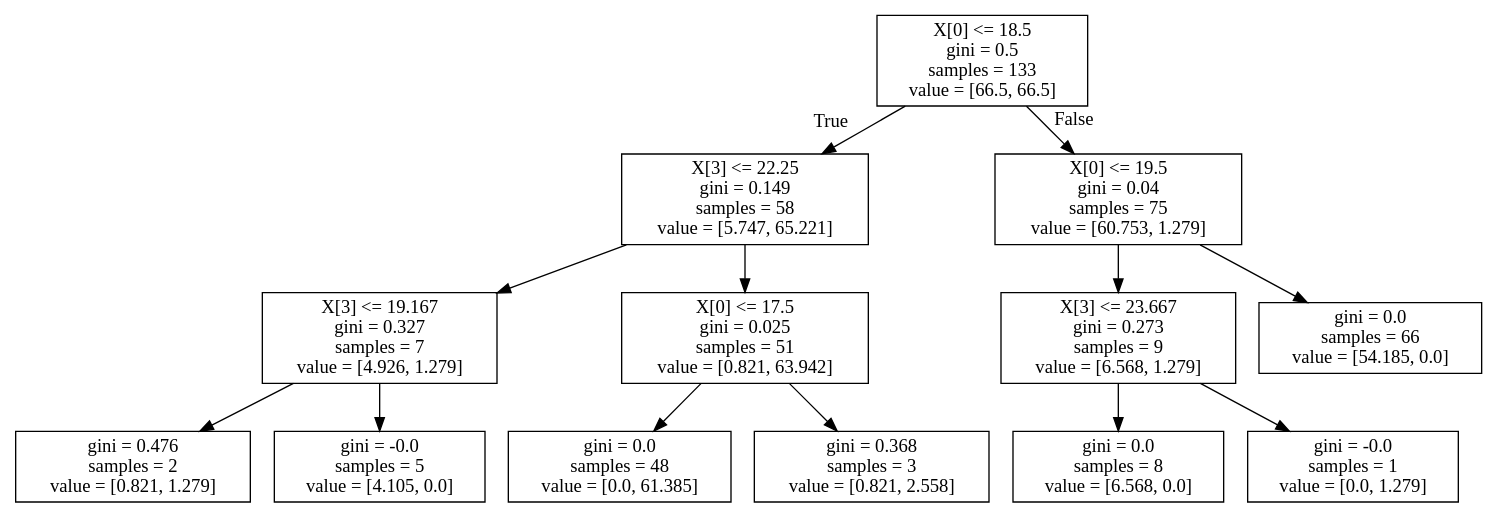
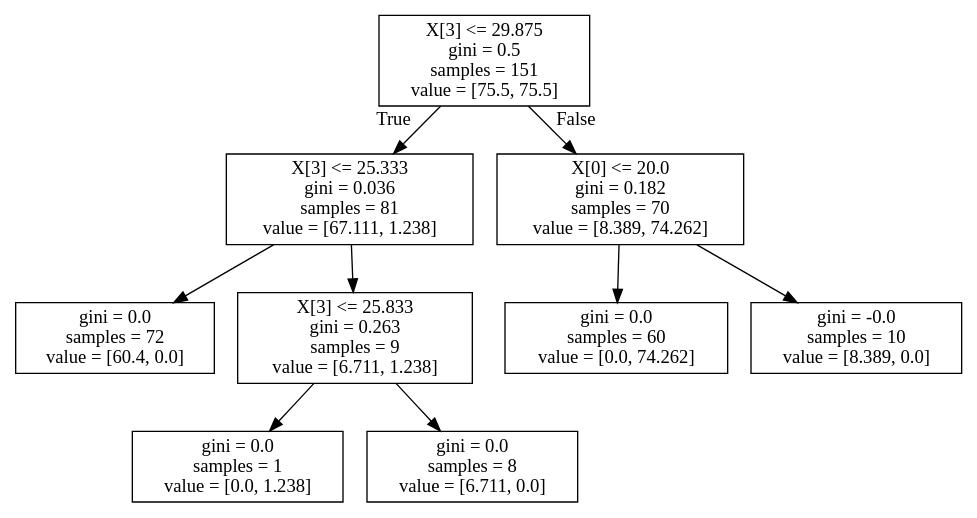
The diagram in examples/iris.dot (grid-eye/Fall-Detection), drawn with Graphviz before and after one commit. The commit also changed 6 other files, not shown here.

```diff
--- a/examples/iris.dot
+++ b/examples/iris.dot
@@ -1,28 +1,20 @@
 digraph Tree {
 node [shape=box] ;
-0 [label="X[0] <= 18.5\ngini = 0.5\nsamples = 133\nvalue = [66.5, 66.5]"] ;
-1 [label="X[3] <= 22.25\ngini = 0.149\nsamples = 58\nvalue = [5.747, 65.221]"] ;
+0 [label="X[3] <= 29.875\ngini = 0.5\nsamples = 151\nvalue = [75.5, 75.5]"] ;
+1 [label="X[3] <= 25.333\ngini = 0.036\nsamples = 81\nvalue = [67.111, 1.238]"] ;
 0 -> 1 [labeldistance=2.5, labelangle=45, headlabel="True"] ;
-2 [label="X[3] <= 19.167\ngini = 0.327\nsamples = 7\nvalue = [4.926, 1.279]"] ;
+2 [label="gini = 0.0\nsamples = 72\nvalue = [60.4, 0.0]"] ;
 1 -> 2 ;
-3 [label="gini = 0.476\nsamples = 2\nvalue = [0.821, 1.279]"] ;
-2 -> 3 ;
-4 [label="gini = -0.0\nsamples = 5\nvalue = [4.105, 0.0]"] ;
-2 -> 4 ;
-5 [label="X[0] <= 17.5\ngini = 0.025\nsamples = 51\nvalue = [0.821, 63.942]"] ;
-1 -> 5 ;
-6 [label="gini = 0.0\nsamples = 48\nvalue = [0.0, 61.385]"] ;
-5 -> 6 ;
-7 [label="gini = 0.368\nsamples = 3\nvalue = [0.821, 2.558]"] ;
-5 -> 7 ;
-8 [label="X[0] <= 19.5\ngini = 0.04\nsamples = 75\nvalue = [60.753, 1.279]"] ;
-0 -> 8 [labeldistance=2.5, labelangle=-45, headlabel="False"] ;
-9 [label="X[3] <= 23.667\ngini = 0.273\nsamples = 9\nvalue = [6.568, 1.279]"] ;
-8 -> 9 ;
-10 [label="gini = 0.0\nsamples = 8\nvalue = [6.568, 0.0]"] ;
-9 -> 10 ;
-11 [label="gini = -0.0\nsamples = 1\nvalue = [0.0, 1.279]"] ;
-9 -> 11 ;
-12 [label="gini = 0.0\nsamples = 66\nvalue = [54.185, 0.0]"] ;
-8 -> 12 ;
+3 [label="X[3] <= 25.833\ngini = 0.263\nsamples = 9\nvalue = [6.711, 1.238]"] ;
+1 -> 3 ;
+4 [label="gini = 0.0\nsamples = 1\nvalue = [0.0, 1.238]"] ;
+3 -> 4 ;
+5 [label="gini = 0.0\nsamples = 8\nvalue = [6.711, 0.0]"] ;
+3 -> 5 ;
+6 [label="X[0] <= 20.0\ngini = 0.182\nsamples = 70\nvalue = [8.389, 74.262]"] ;
+0 -> 6 [labeldistance=2.5, labelangle=-45, headlabel="False"] ;
+7 [label="gini = 0.0\nsamples = 60\nvalue = [0.0, 74.262]"] ;
+6 -> 7 ;
+8 [label="gini = -0.0\nsamples = 10\nvalue = [8.389, 0.0]"] ;
+6 -> 8 ;
 }
```
